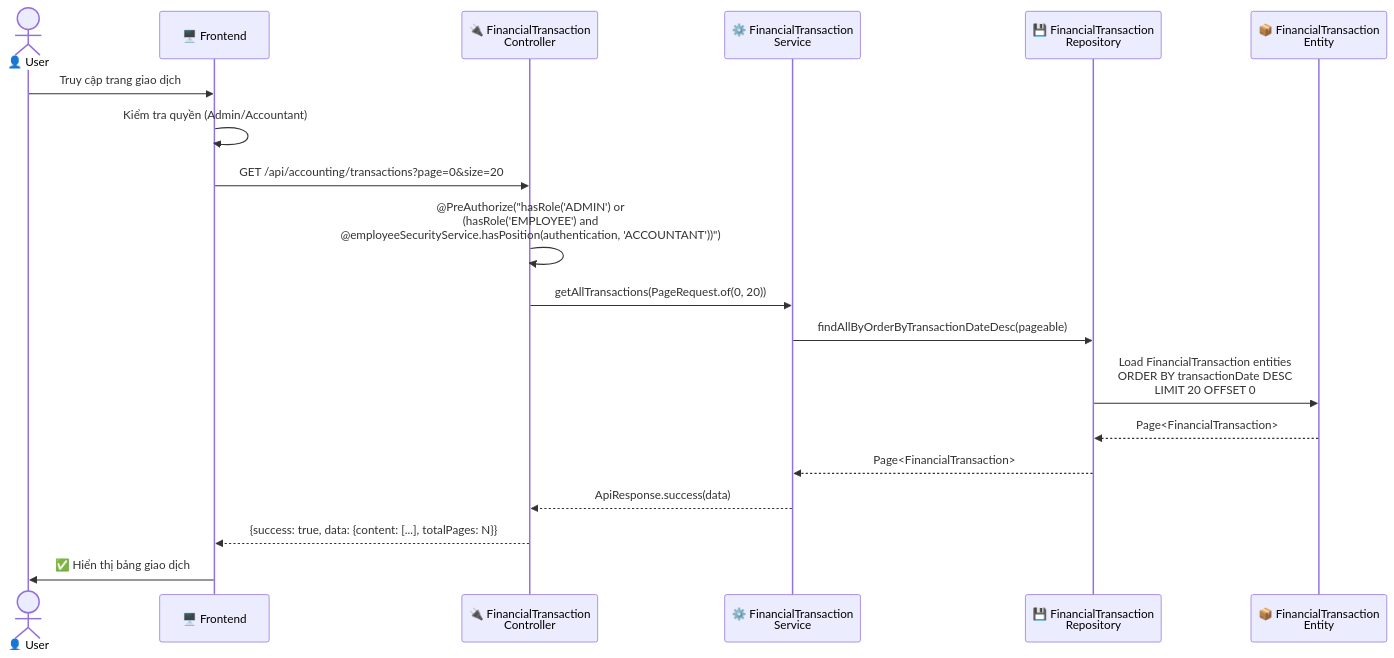
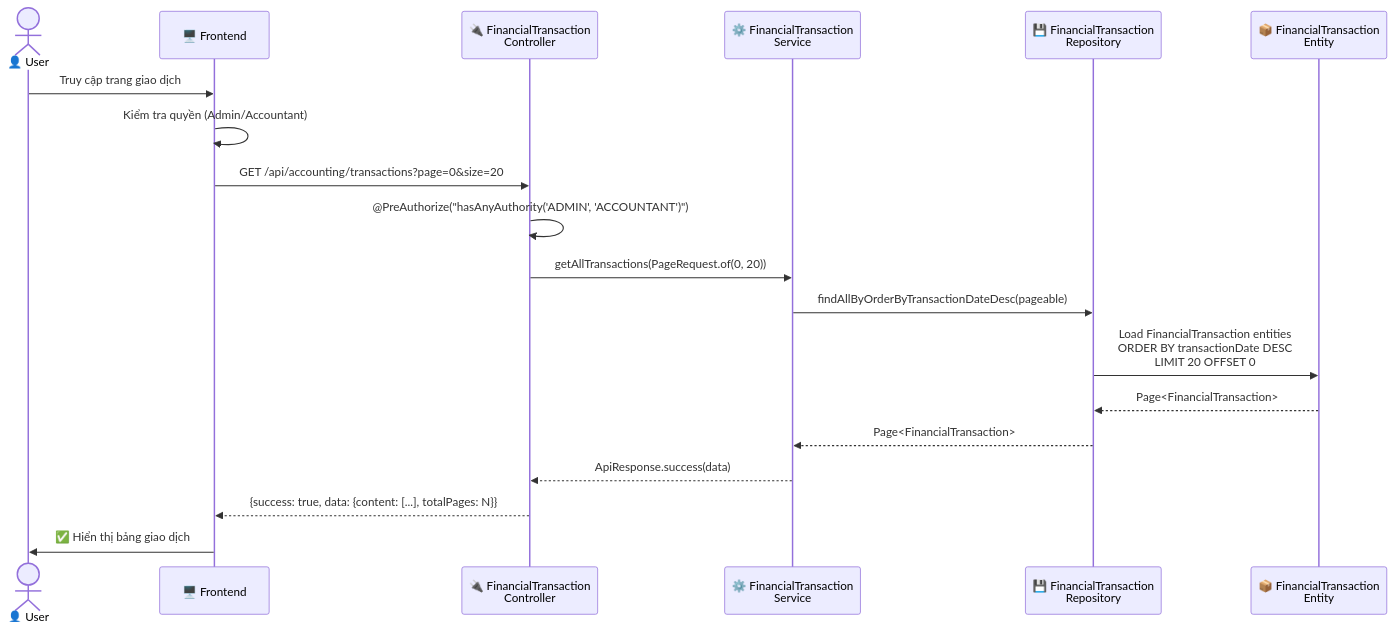
The second of 26 diagrams in sequence-diagram-accounting-flow.md (Mvuong1523/Do-an-tot-nghiep), drawn with Mermaid before and after one commit. The commit also changed other lines of this file and 9 other files, not shown here.

````diff
--- a/sequence-diagram-accounting-flow.md
+++ b/sequence-diagram-accounting-flow.md
@@ -136,24 +146,24 @@
 ```mermaid
 sequenceDiagram
     actor User as 👤 User
     participant FE as 🖥️ Frontend
     participant Ctrl as 🔌 FinancialTransaction<br/>Controller
     participant Svc as ⚙️ FinancialTransaction<br/>Service
     participant Repo as 💾 FinancialTransaction<br/>Repository
     participant Entity as 📦 FinancialTransaction<br/>Entity
     
     User->>FE: Truy cập trang giao dịch
     FE->>FE: Kiểm tra quyền (Admin/Accountant)
     
     FE->>Ctrl: GET /api/accounting/transactions?page=0&size=20
-    Ctrl->>Ctrl: @PreAuthorize("hasRole('ADMIN') or<br/>(hasRole('EMPLOYEE') and<br/>@employeeSecurityService.hasPosition(authentication, 'ACCOUNTANT'))")
+    Ctrl->>Ctrl: @PreAuthorize("hasAnyAuthority('ADMIN', 'ACCOUNTANT')")
     Ctrl->>Svc: getAllTransactions(PageRequest.of(0, 20))
     Svc->>Repo: findAllByOrderByTransactionDateDesc(pageable)
     Repo->>Entity: Load FinancialTransaction entities<br/>ORDER BY transactionDate DESC<br/>LIMIT 20 OFFSET 0
     Entity-->>Repo: Page<FinancialTransaction>
     Repo-->>Svc: Page<FinancialTransaction>
     Svc-->>Ctrl: ApiResponse.success(data)
     Ctrl-->>FE: {success: true, data: {content: [...], totalPages: N}}
     
     FE->>User: ✅ Hiển thị bảng giao dịch
 ```
````
